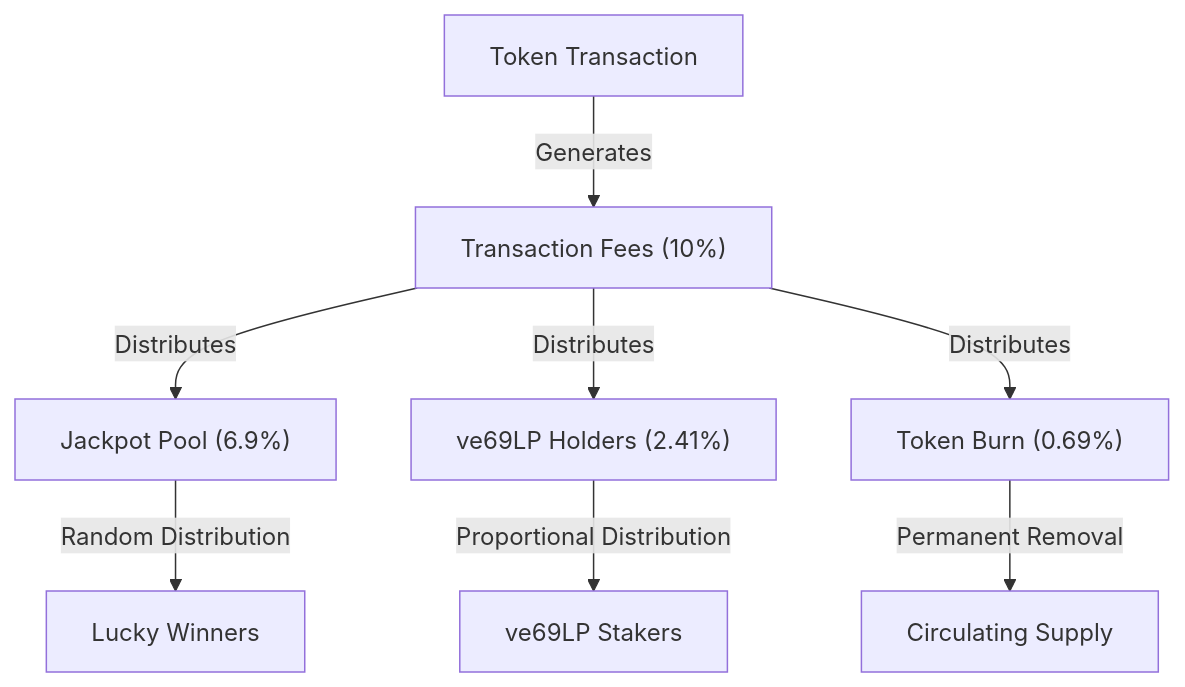
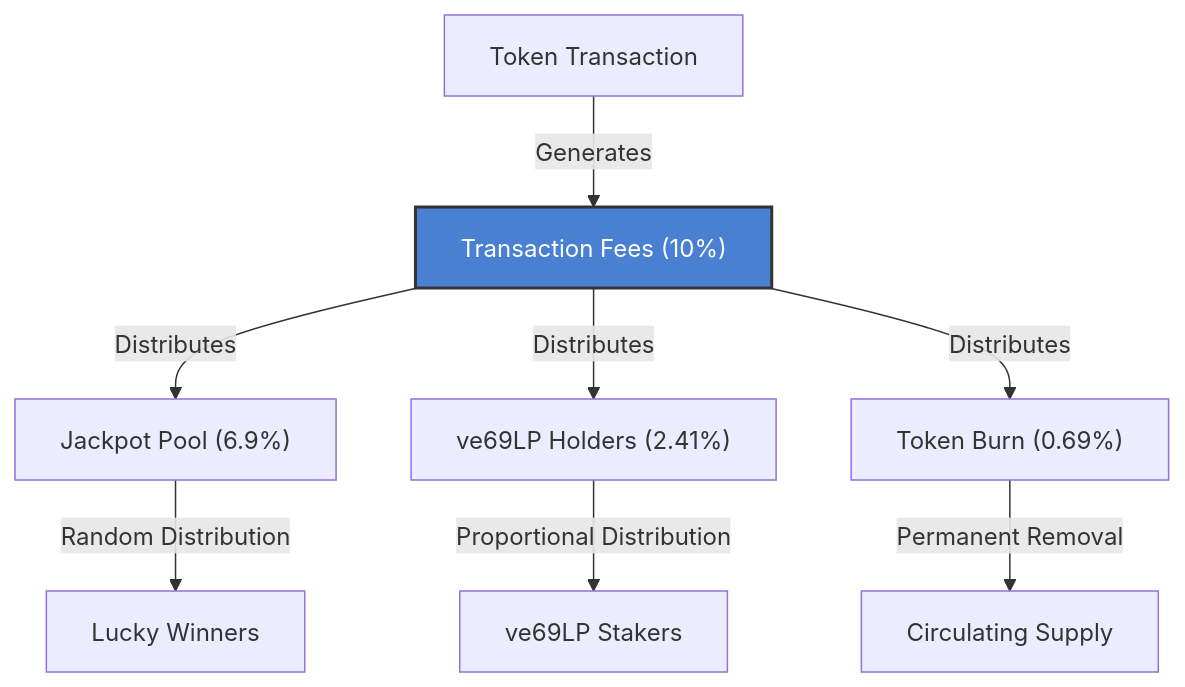
One commit to wenakita/sonicreddragon-docs changed the first of 3 diagrams in docs/concepts/tokenomics.md. Above: the diagram before and after it, drawn with Mermaid. The commit also changed other lines of this file and 44 other files, not shown here.

````diff
--- a/docs/concepts/tokenomics.md
+++ b/docs/concepts/tokenomics.md
@@ -30,19 +30,20 @@
 ```mermaid
 flowchart TD
     Transaction["Token Transaction"]
     Fees["Transaction Fees (10%)"]
     JackpotPool["Jackpot Pool (6.9%)"]
     ve69LP["ve69LP Holders (2.41%)"]
     Burn["Token Burn (0.69%)"]
     
     Transaction -->|"Generates"| Fees
     Fees -->|"Distributes"| JackpotPool
     Fees -->|"Distributes"| ve69LP
     Fees -->|"Distributes"| Burn
     
     JackpotPool -->|"Random Distribution"| Winners["Lucky Winners"]
     ve69LP -->|"Proportional Distribution"| Stakers["ve69LP Stakers"]
     Burn -->|"Permanent Removal"| Supply["Circulating Supply"]
     
-    class Fees,JackpotPool highlight
+    classDef highlight fill:#4a80d1,stroke:#333,stroke-width:2px,color:white;
+    class Fees,Jackpot highlight
 ```
````
